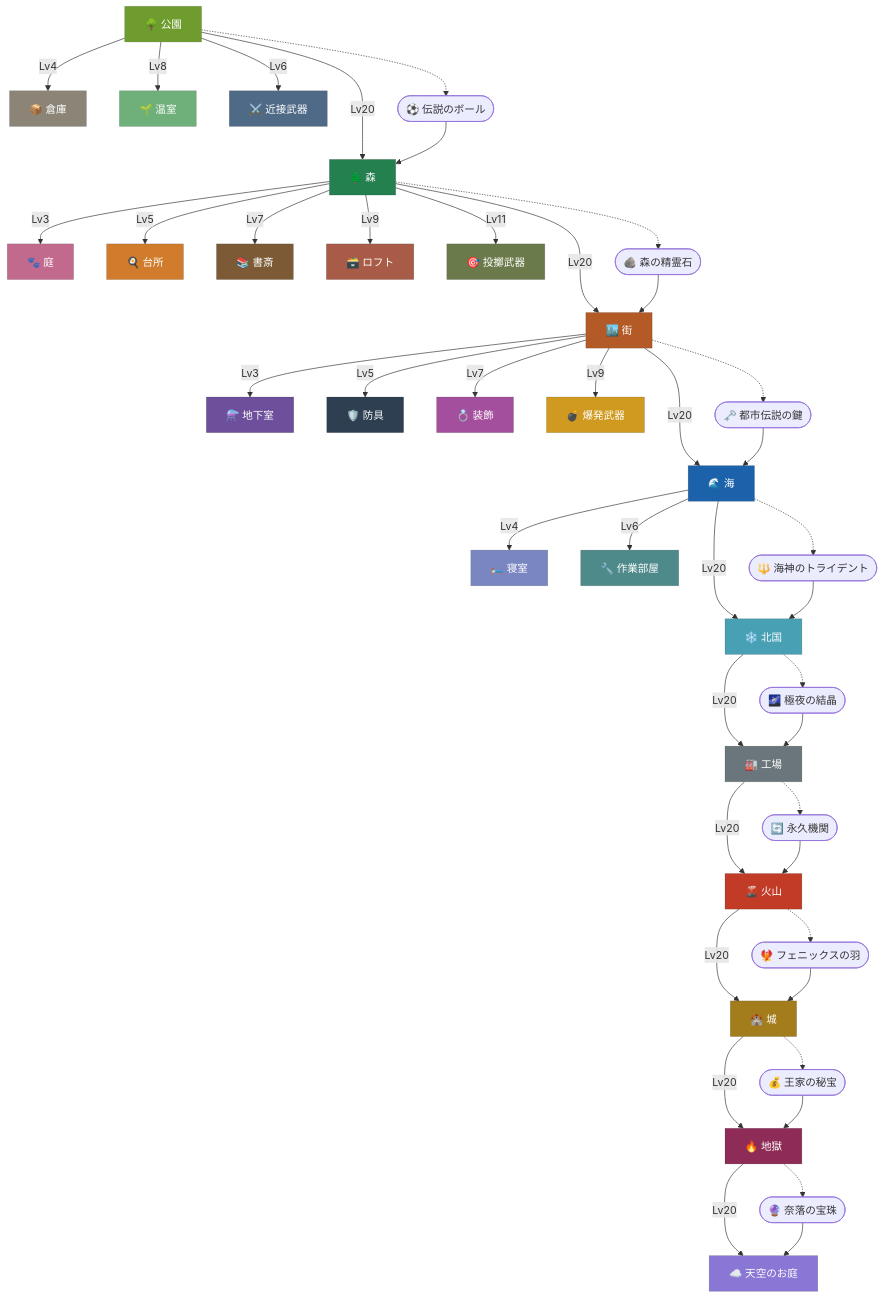
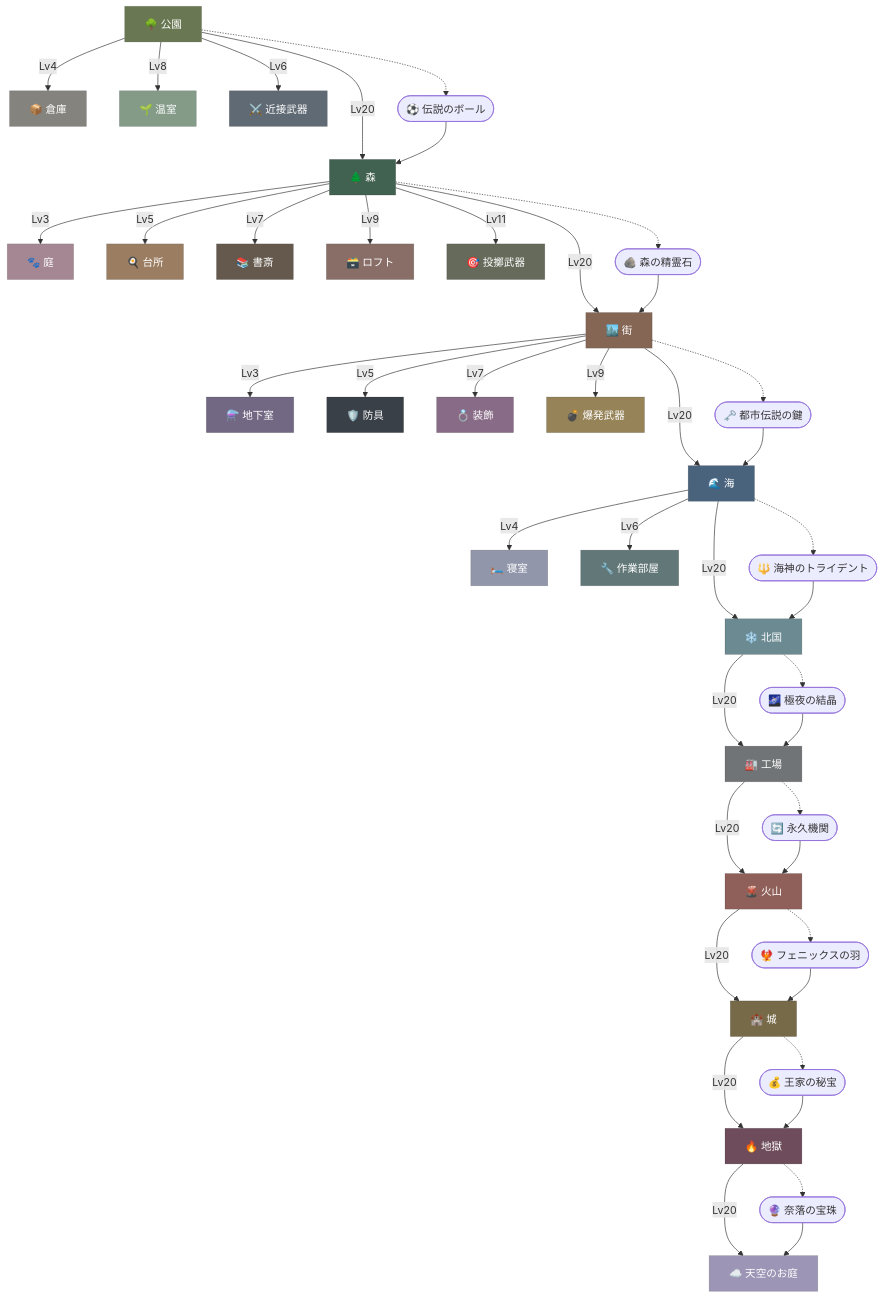
Before and after one commit to yutori-gene/idle-wiki: the diagram in site/ja/reference/progression.md, drawn with Mermaid. The commit also changed 1550 other files, not shown here.

```diff
--- a/site/ja/reference/progression.md
+++ b/site/ja/reference/progression.md
@@ -6,76 +6,76 @@
 flowchart TD
   c_park["🌳 公園"]
   click c_park "#/ja/category/park"
-  style c_park fill:#6f9c2e,color:#fff,stroke:#0003
+  style c_park fill:#697852,color:#fff,stroke:#0003
   c_forest["🌲 森"]
   click c_forest "#/ja/category/forest"
-  style c_forest fill:#24804f,color:#fff,stroke:#0003
+  style c_forest fill:#426251,color:#fff,stroke:#0003
   c_town["🏙️ 街"]
   click c_town "#/ja/category/town"
-  style c_town fill:#b35a26,color:#fff,stroke:#0003
+  style c_town fill:#856654,color:#fff,stroke:#0003
   c_sea["🌊 海"]
   click c_sea "#/ja/category/sea"
-  style c_sea fill:#1c62ab,color:#fff,stroke:#0003
+  style c_sea fill:#4a637d,color:#fff,stroke:#0003
   c_northland["❄️ 北国"]
   click c_northland "#/ja/category/northland"
-  style c_northland fill:#48a0b5,color:#fff,stroke:#0003
+  style c_northland fill:#6b8a92,color:#fff,stroke:#0003
   c_factory["🏭 工場"]
   click c_factory "#/ja/category/factory"
-  style c_factory fill:#6b757c,color:#fff,stroke:#0003
+  style c_factory fill:#717476,color:#fff,stroke:#0003
   c_volcano["🌋 火山"]
   click c_volcano "#/ja/category/volcano"
-  style c_volcano fill:#c23b26,color:#fff,stroke:#0003
+  style c_volcano fill:#8f6059,color:#fff,stroke:#0003
   c_castle["🏰 城"]
   click c_castle "#/ja/category/castle"
-  style c_castle fill:#a37d1c,color:#fff,stroke:#0003
+  style c_castle fill:#776a48,color:#fff,stroke:#0003
   c_hell["🔥 地獄"]
   click c_hell "#/ja/category/hell"
-  style c_hell fill:#8e2c57,color:#fff,stroke:#0003
+  style c_hell fill:#6e4c5b,color:#fff,stroke:#0003
   c_sky_garden["☁️ 天空のお庭"]
   click c_sky_garden "#/ja/category/sky-garden"
-  style c_sky_garden fill:#8a76d4,color:#fff,stroke:#0003
+  style c_sky_garden fill:#9c95b5,color:#fff,stroke:#0003
   c_warehouse["📦 倉庫"]
   click c_warehouse "#/ja/category/warehouse"
-  style c_warehouse fill:#8c8577,color:#fff,stroke:#0003
+  style c_warehouse fill:#85837e,color:#fff,stroke:#0003
   c_greenhouse["🌱 温室"]
   click c_greenhouse "#/ja/category/greenhouse"
-  style c_greenhouse fill:#6fb07a,color:#fff,stroke:#0003
+  style c_greenhouse fill:#849b88,color:#fff,stroke:#0003
   c_garden["🐾 庭"]
   click c_garden "#/ja/category/garden"
-  style c_garden fill:#c26a8e,color:#fff,stroke:#0003
+  style c_garden fill:#a58793,color:#fff,stroke:#0003
   c_kitchen["🍳 台所"]
   click c_kitchen "#/ja/category/kitchen"
-  style c_kitchen fill:#d07c2c,color:#fff,stroke:#0003
+  style c_kitchen fill:#9b7d61,color:#fff,stroke:#0003
   c_study["📚 書斎"]
   click c_study "#/ja/category/study"
-  style c_study fill:#7b5a35,color:#fff,stroke:#0003
+  style c_study fill:#64594c,color:#fff,stroke:#0003
   c_loft["🗃️ ロフト"]
   click c_loft "#/ja/category/loft"
-  style c_loft fill:#a85c47,color:#fff,stroke:#0003
+  style c_loft fill:#886e67,color:#fff,stroke:#0003
   c_basement["⚗️ 地下室"]
   click c_basement "#/ja/category/basement"
-  style c_basement fill:#6d4f9c,color:#fff,stroke:#0003
+  style c_basement fill:#736883,color:#fff,stroke:#0003
   c_bedroom["🛏️ 寝室"]
   click c_bedroom "#/ja/category/bedroom"
-  style c_bedroom fill:#7a86c2,color:#fff,stroke:#0003
+  style c_bedroom fill:#9196ab,color:#fff,stroke:#0003
   c_workshop["🔧 作業部屋"]
   click c_workshop "#/ja/category/workshop"
-  style c_workshop fill:#4f8a8a,color:#fff,stroke:#0003
+  style c_workshop fill:#627777,color:#fff,stroke:#0003
   c_melee_weapon["⚔️ 近接武器"]
   click c_melee_weapon "#/ja/category/melee-weapon"
-  style c_melee_weapon fill:#4e6a86,color:#fff,stroke:#0003
+  style c_melee_weapon fill:#606a74,color:#fff,stroke:#0003
   c_throwing_weapon["🎯 投擲武器"]
   click c_throwing_weapon "#/ja/category/throwing-weapon"
-  style c_throwing_weapon fill:#6b7a4a,color:#fff,stroke:#0003
+  style c_throwing_weapon fill:#656a5a,color:#fff,stroke:#0003
   c_armor["🛡️ 防具"]
   click c_armor "#/ja/category/armor"
-  style c_armor fill:#2f3f52,color:#fff,stroke:#0003
+  style c_armor fill:#3a4047,color:#fff,stroke:#0003
   c_accessory["💍 装飾"]
   click c_accessory "#/ja/category/accessory"
-  style c_accessory fill:#a44f9e,color:#fff,stroke:#0003
+  style c_accessory fill:#886b86,color:#fff,stroke:#0003
   c_explosive_weapon["💣 爆発武器"]
   click c_explosive_weapon "#/ja/category/explosive-weapon"
-  style c_explosive_weapon fill:#cf9a1f,color:#fff,stroke:#0003
+  style c_explosive_weapon fill:#968358,color:#fff,stroke:#0003
   c_park -->|Lv20| c_forest
   i_legendary_ball(["⚽ 伝説のボール"])
   click i_legendary_ball "#/ja/item/legendary-ball"
```
